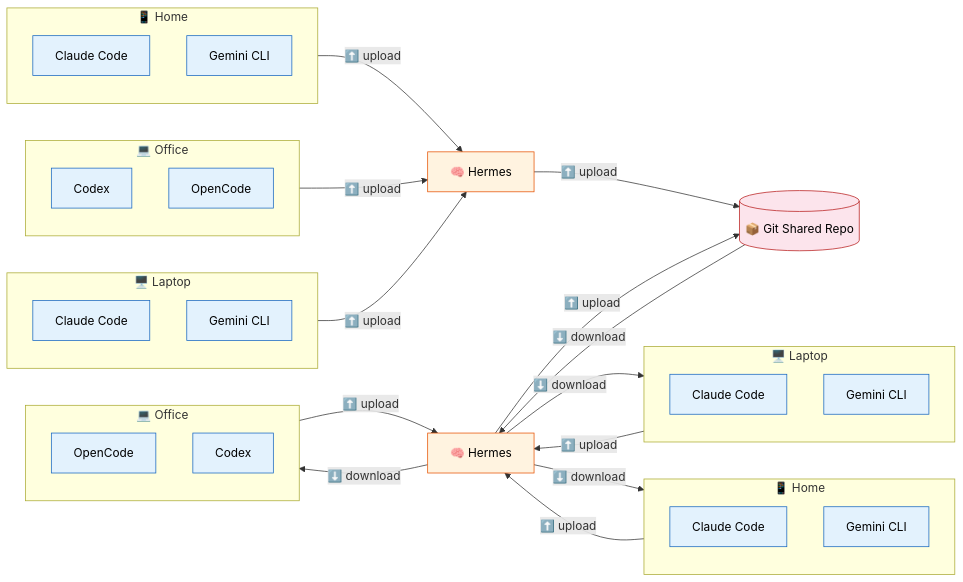
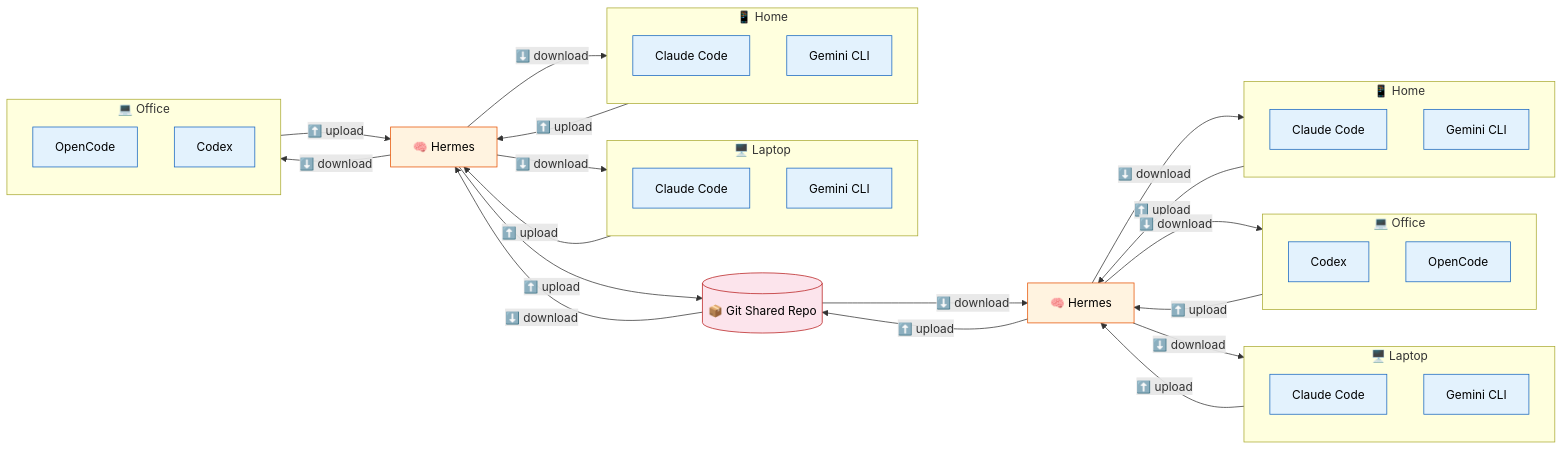
The first of 3 diagrams in README.md (atsyty/CortexNexus), drawn with Mermaid before and after one commit.

Commit message:
docs: restore all bidirectional arrows in architecture diagram
Restore full bidirectional flow (upload + download) on all
connections. The reverse arrows are core to showing this is a
two-way sync system.

````diff
--- a/README.md
+++ b/README.md
@@ -48,68 +48,72 @@
 ```mermaid
 graph LR
     subgraph LA["📱 Home"]
         direction TB
         CA["Claude Code"]
         GA["Gemini CLI"]
     end
     subgraph LB["💻 Office"]
         direction TB
         CX["Codex"]
         OA["OpenCode"]
     end
     subgraph LC["🖥️ Laptop"]
         direction TB
         CB["Claude Code"]
         GB["Gemini CLI"]
     end
 
     HL["🧠 Hermes"]
 
     G[("📦 Git Shared Repo")]
 
     HR["🧠 Hermes"]
 
     subgraph RA["🖥️ Laptop"]
         direction TB
         CC["Claude Code"]
         GC["Gemini CLI"]
     end
     subgraph RB["📱 Home"]
         direction TB
         CD["Claude Code"]
         GD["Gemini CLI"]
     end
     subgraph RC["💻 Office"]
         direction TB
         OD["OpenCode"]
         CE["Codex"]
     end
 
-    %% Left devices → Hermes (upload)
+    %% Left: devices ↔ Hermes (bidirectional)
     LA -->|"⬆️ upload"| HL
+    HL -->|"⬇️ download"| LA
     LB -->|"⬆️ upload"| HL
+    HL -->|"⬇️ download"| LB
     LC -->|"⬆️ upload"| HL
+    HL -->|"⬇️ download"| LC
 
-    %% Left Hermes → Git (upload)
+    %% Left: Hermes ↔ Git (bidirectional)
     HL -->|"⬆️ upload"| G
+    G -->|"⬇️ download"| HL
 
-    %% Git ↔ Right Hermes
+    %% Center: Git ↔ Right Hermes (bidirectional)
     G -->|"⬇️ download"| HR
     HR -->|"⬆️ upload"| G
 
-    %% Right Hermes ↔ devices
+    %% Right: Hermes ↔ devices (bidirectional)
     HR -->|"⬇️ download"| RA
     RA -->|"⬆️ upload"| HR
     HR -->|"⬇️ download"| RB
     RB -->|"⬆️ upload"| HR
     HR -->|"⬇️ download"| RC
     RC -->|"⬆️ upload"| HR
 
     %% Styling
     classDef tools fill:#e3f2fd,stroke:#1565c0,color:#000
     classDef engine fill:#fff3e0,stroke:#e65100,color:#000
     classDef git fill:#fce4ec,stroke:#b71c1c,color:#000
     class CA,GA,CX,OA,CB,GB,CC,GC,CD,GD,OD,CE tools
     class HL,HR engine
     class G git
 ```
````
